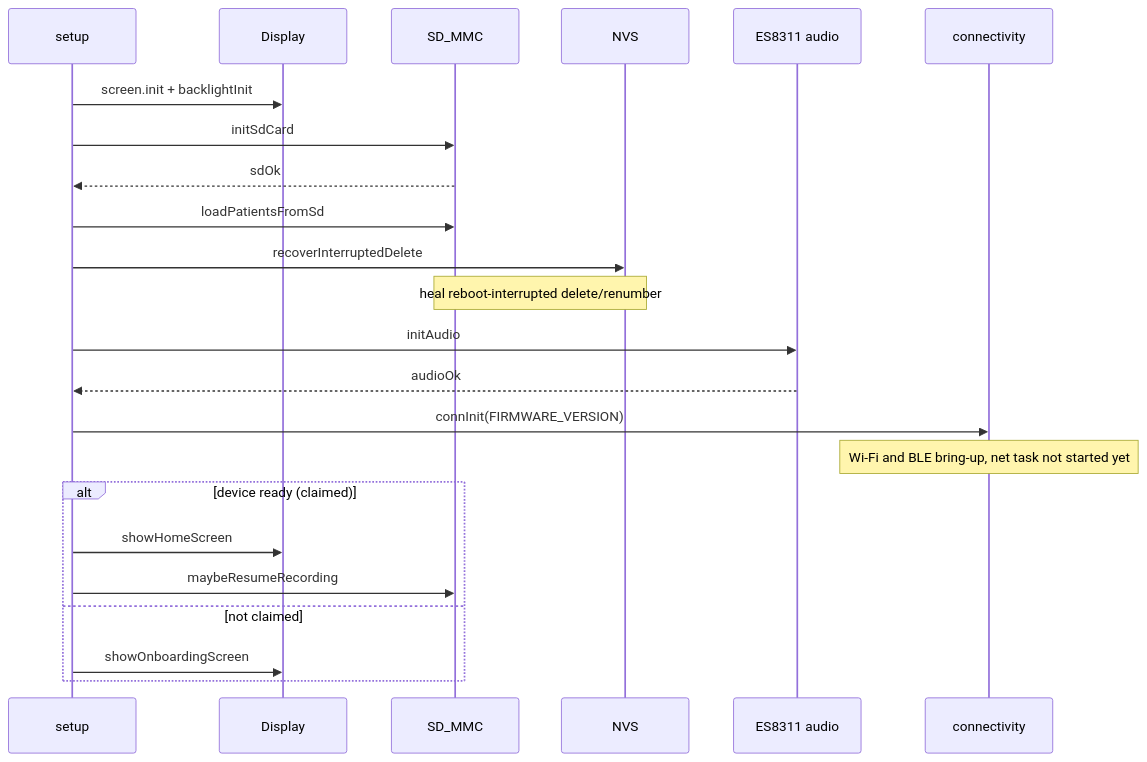
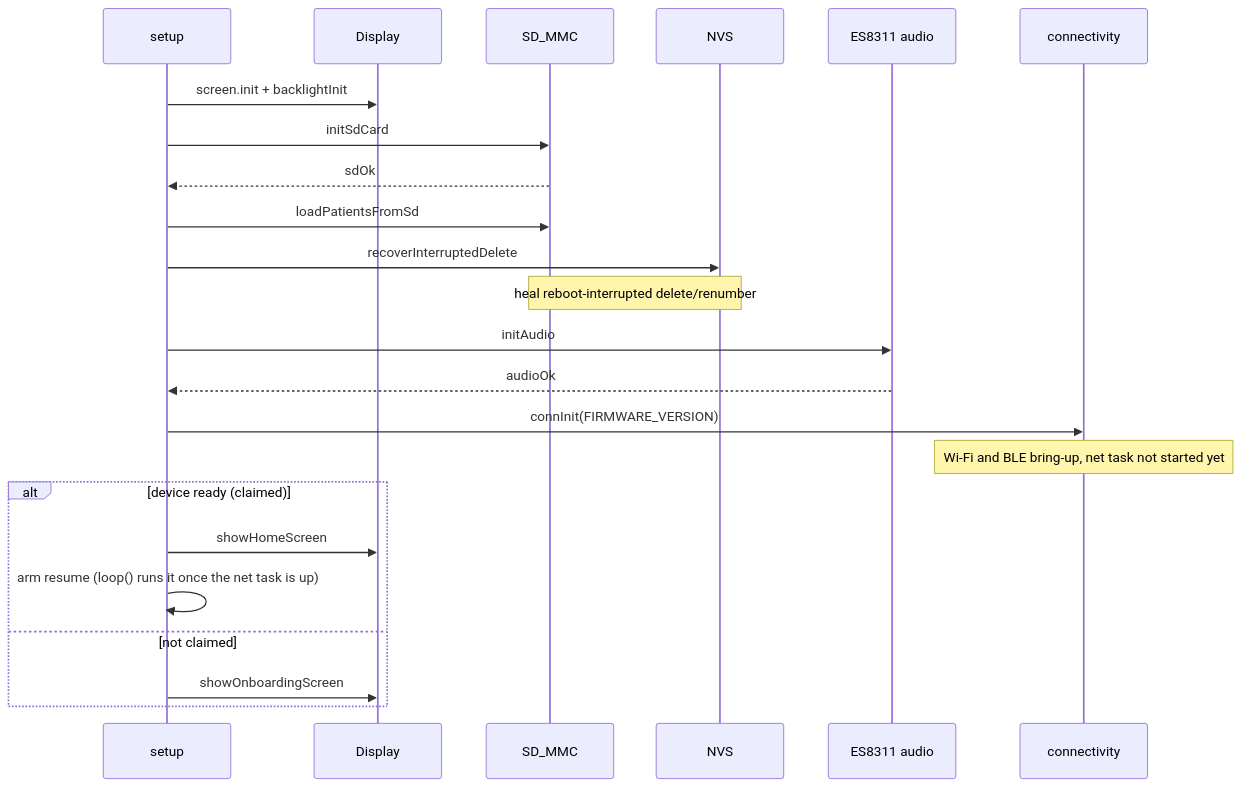
One commit to Longcao24/sate-companion changed the second of 7 diagrams in docs-site/docs/guides/recorder.md. Above: the diagram before and after it, drawn with Mermaid. The commit also changed other lines of this file and 30 other files, not shown here.

````diff
--- a/docs-site/docs/guides/recorder.md
+++ b/docs-site/docs/guides/recorder.md
@@ -78,25 +92,25 @@
 ```mermaid
 sequenceDiagram
     participant S as setup
     participant D as Display
     participant SD as SD_MMC
     participant NVS as NVS
     participant A as ES8311 audio
     participant C as connectivity
     S->>D: screen.init + backlightInit
     S->>SD: initSdCard
     SD-->>S: sdOk
     S->>SD: loadPatientsFromSd
     S->>NVS: recoverInterruptedDelete
     Note over NVS,SD: heal reboot-interrupted delete/renumber
     S->>A: initAudio
     A-->>S: audioOk
     S->>C: connInit(FIRMWARE_VERSION)
     Note over C: Wi-Fi and BLE bring-up, net task not started yet
     alt device ready (claimed)
         S->>D: showHomeScreen
-        S->>SD: maybeResumeRecording
+        S->>S: arm resume (loop() runs it once the net task is up)
     else not claimed
         S->>D: showOnboardingScreen
     end
 ```
````
